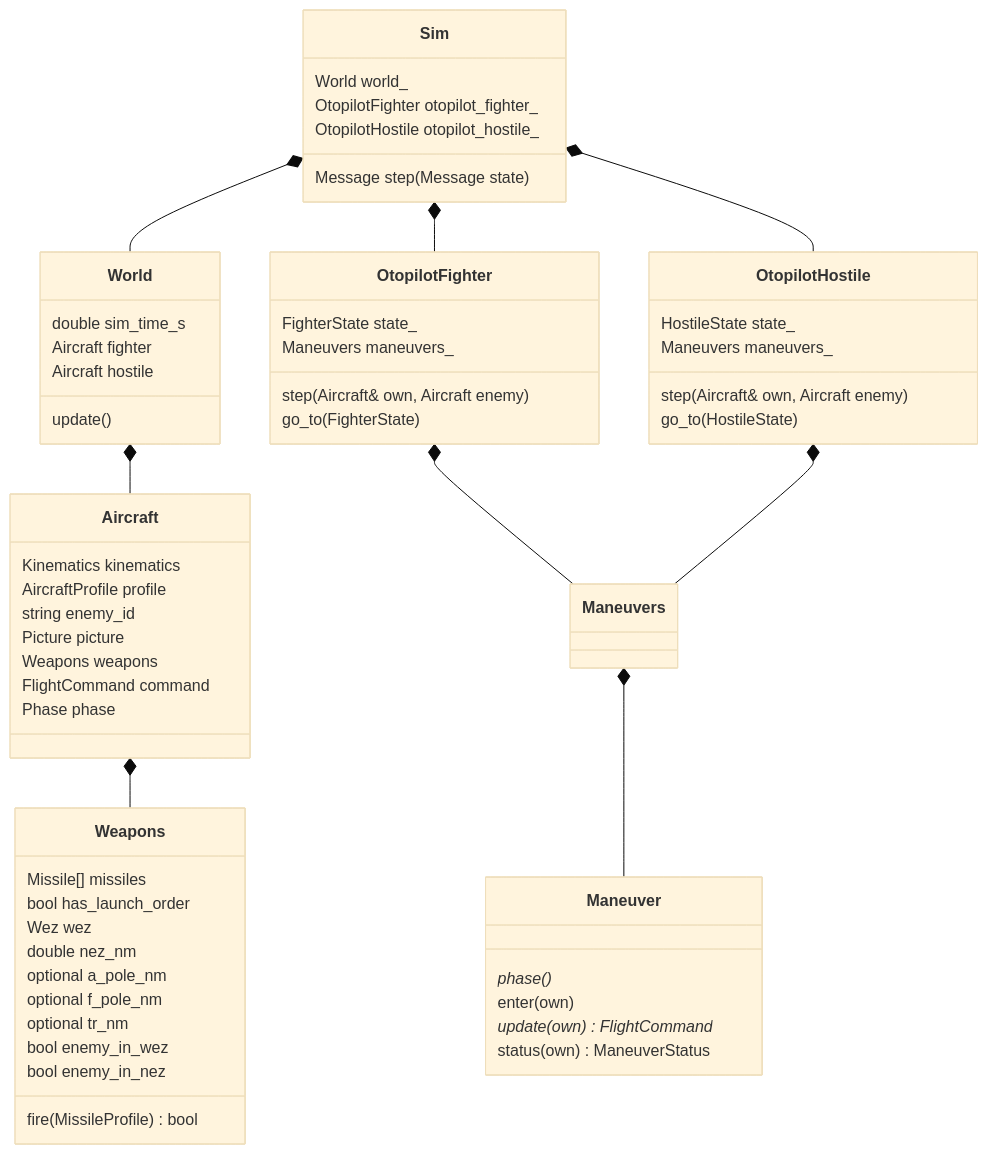
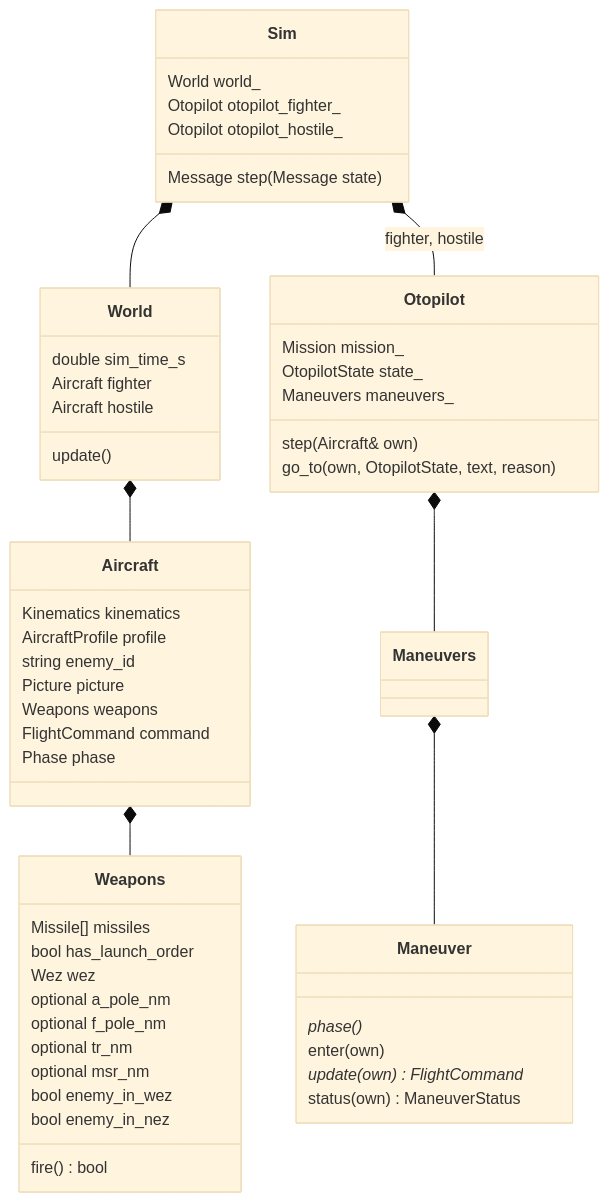
One commit to batoddy/BVR-Fight-Project changed the diagram in docs/mimari/OTOPILOT_MIMARISI.md. Above: the diagram before and after it, drawn with Mermaid (base theme). The commit also changed other lines of this file and 3295 other files, not shown here.

````diff
--- a/docs/mimari/OTOPILOT_MIMARISI.md
+++ b/docs/mimari/OTOPILOT_MIMARISI.md
@@ -21,62 +21,55 @@
 ```mermaid
 classDiagram
     class Sim {
         World world_
-        OtopilotFighter otopilot_fighter_
-        OtopilotHostile otopilot_hostile_
+        Otopilot otopilot_fighter_
+        Otopilot otopilot_hostile_
         Message step(Message state)
     }
     class World {
         double sim_time_s
         Aircraft fighter
         Aircraft hostile
         update()
     }
     class Aircraft {
         Kinematics kinematics
         AircraftProfile profile
         string enemy_id
         Picture picture
         Weapons weapons
         FlightCommand command
         Phase phase
     }
     class Weapons {
         Missile[] missiles
         bool has_launch_order
         Wez wez
-        double nez_nm
         optional a_pole_nm
         optional f_pole_nm
         optional tr_nm
+        optional msr_nm
         bool enemy_in_wez
         bool enemy_in_nez
-        fire(MissileProfile) bool
+        fire() bool
     }
-    class OtopilotFighter {
-        FighterState state_
+    class Otopilot {
+        Mission mission_
+        OtopilotState state_
         Maneuvers maneuvers_
-        step(Aircraft& own, Aircraft enemy)
-        go_to(FighterState)
-    }
-    class OtopilotHostile {
-        HostileState state_
-        Maneuvers maneuvers_
-        step(Aircraft& own, Aircraft enemy)
-        go_to(HostileState)
+        step(Aircraft& own)
+        go_to(own, OtopilotState, text, reason)
     }
     class Maneuver {
         phase()*
         enter(own)
         update(own)* FlightCommand
         status(own) ManeuverStatus
     }
     Sim *-- World
-    Sim *-- OtopilotFighter
-    Sim *-- OtopilotHostile
+    Sim *-- Otopilot : fighter, hostile
     World *-- Aircraft
     Aircraft *-- Weapons
-    OtopilotFighter *-- Maneuvers
-    OtopilotHostile *-- Maneuvers
+    Otopilot *-- Maneuvers
     Maneuvers *-- Maneuver
 ```
````
